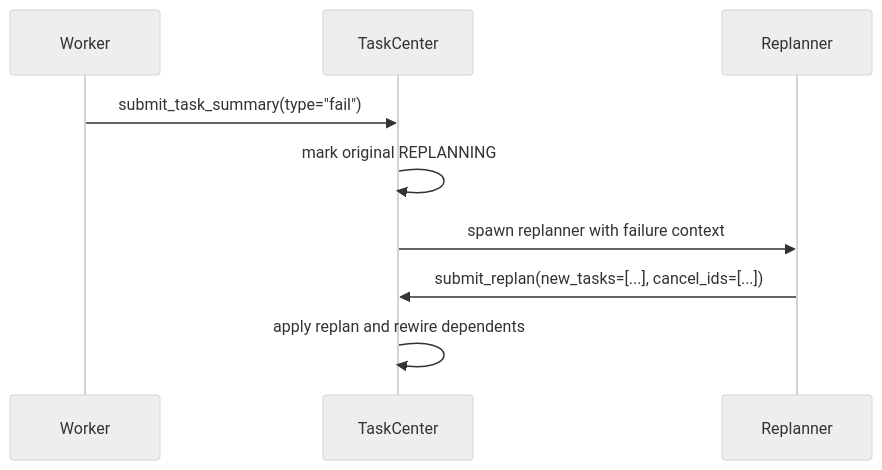
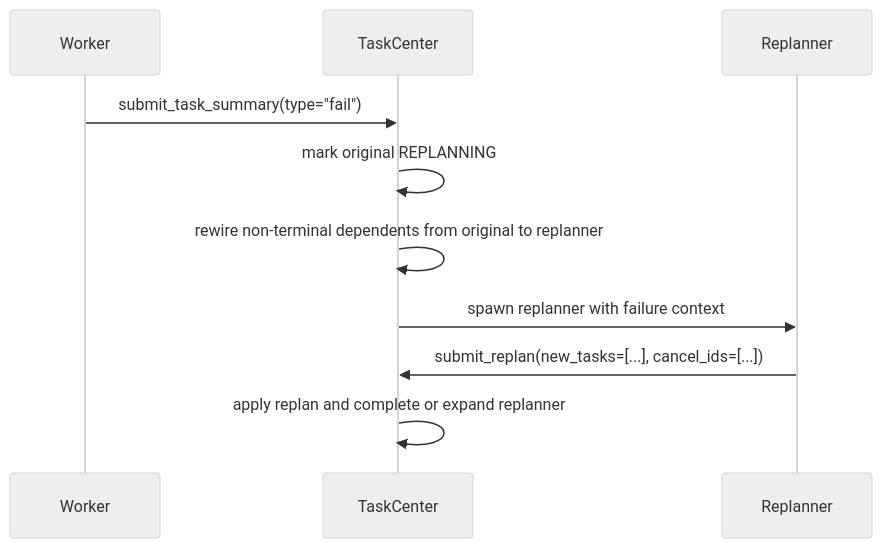
One commit to Ephemeral-AI-Lab/ephemeral-os changed the second of 2 diagrams in docs/architecture/team-coordination.md. Above: the diagram before and after it, drawn with Mermaid (neutral theme). The commit also changed other lines of this file and 18 other files, not shown here.

````diff
--- a/docs/architecture/team-coordination.md
+++ b/docs/architecture/team-coordination.md
@@ -25,12 +25,13 @@
 ```mermaid
 sequenceDiagram
     participant Worker
     participant TaskCenter
     participant Replanner
 
     Worker->>TaskCenter: submit_task_summary(type="fail")
     TaskCenter->>TaskCenter: mark original REPLANNING
+    TaskCenter->>TaskCenter: rewire non-terminal dependents from original to replanner
     TaskCenter->>Replanner: spawn replanner with failure context
     Replanner->>TaskCenter: submit_replan(new_tasks=[...], cancel_ids=[...])
-    TaskCenter->>TaskCenter: apply replan and rewire dependents
+    TaskCenter->>TaskCenter: apply replan and complete or expand replanner
 ```
````
